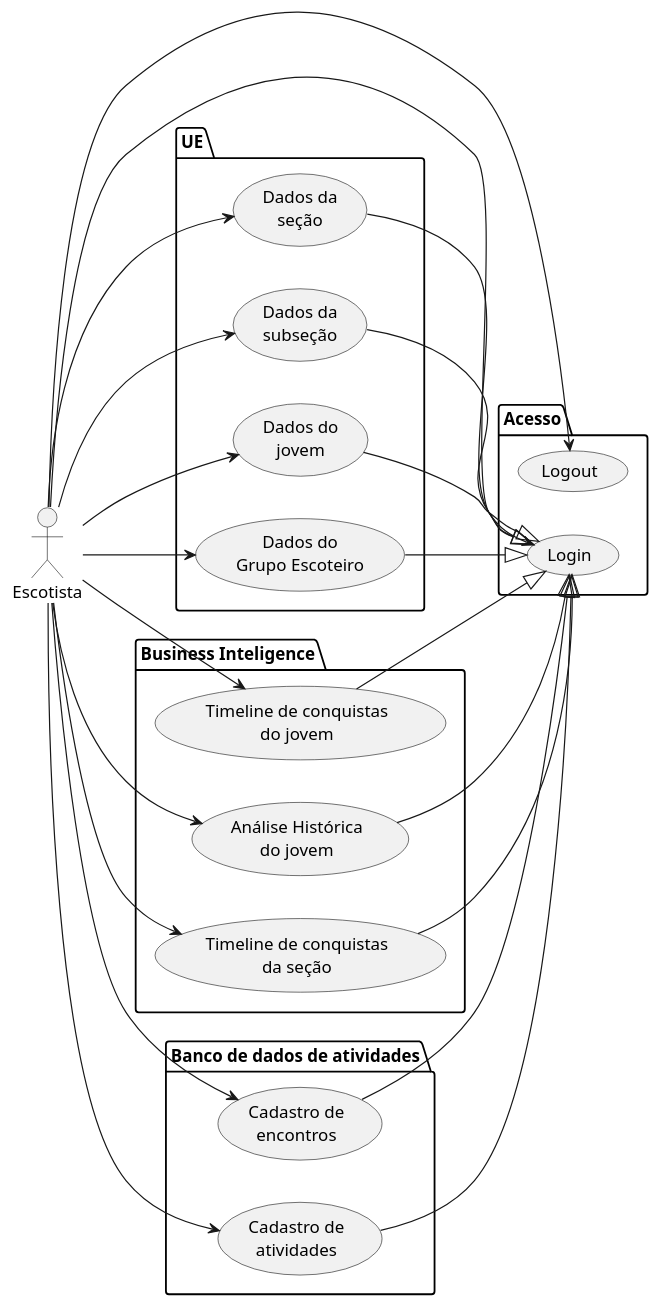
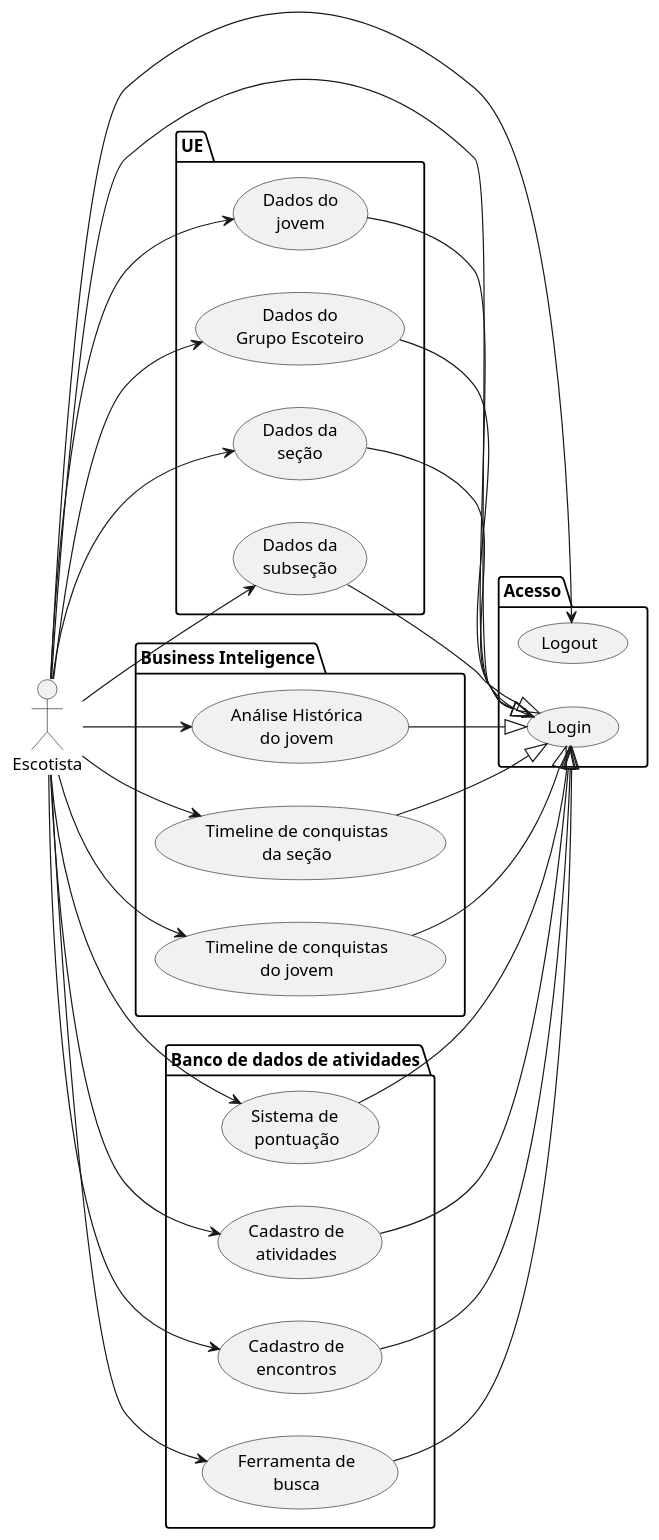
Before and after one commit to escoteirando/.github: the diagram in profile/escoteirando_portal_uc.puml, drawn with PlantUML. The commit also changed 3 other files, not shown here.

```diff
--- a/profile/escoteirando_portal_uc.puml
+++ b/profile/escoteirando_portal_uc.puml
@@ -1,50 +1,56 @@
 @startuml escoteirando_portal_uc
 left to right direction
 :Escotista: as escotista
 
 package Acesso {
 usecase (Login) as login
 usecase (Logout) as logout
 }
 package UE {
     usecase (Dados do\nGrupo Escoteiro) as dados_ge
 usecase (Dados da\nseção) as dados_secao
 usecase (Dados da\nsubseção) as dados_subsecao
 usecase (Dados do\njovem) as dados_jovem
 }
 dados_ge --|> login
 dados_secao --|> login
 dados_subsecao --|> login
 dados_jovem --|> login
 
 package "Business Inteligence" {
     usecase (Timeline de conquistas\nda seção) as timeline_secao
     usecase (Timeline de conquistas\ndo jovem) as timeline_jovem
     usecase (Análise Histórica\ndo jovem) as analise_historica_jovem
 }
 timeline_secao --|> login
 timeline_jovem --|> login
 analise_historica_jovem --|> login
 
 package "Banco de dados de atividades" {    
     usecase (Cadastro de\natividades) as cadastro_atividades
     usecase (Cadastro de\nencontros) as cadastro_encontros        
+    usecase (Ferramenta de\nbusca) as ferramenta_busca
+    usecase (Sistema de \npontuação) as sistema_pontuacao
 }
 cadastro_atividades --|> login
 cadastro_encontros --|> login
+ferramenta_busca --|> login
+sistema_pontuacao --|> login
 
 escotista --> login
 escotista --> logout
 
 escotista --> dados_ge
 escotista --> dados_secao
 escotista --> dados_subsecao
 escotista --> dados_jovem
 
 escotista --> timeline_secao
 escotista --> timeline_jovem
 escotista --> analise_historica_jovem
 
 escotista --> cadastro_atividades
 escotista --> cadastro_encontros
+escotista --> ferramenta_busca
+escotista --> sistema_pontuacao
 @enduml
```
